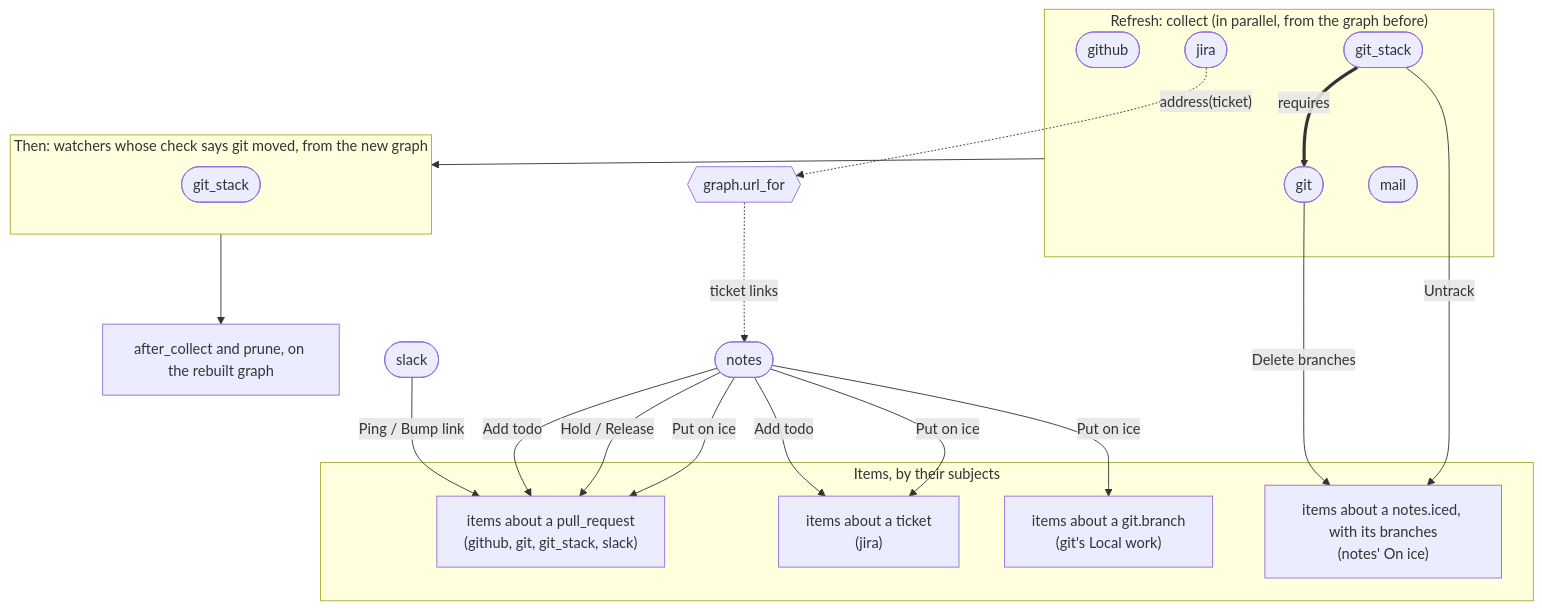
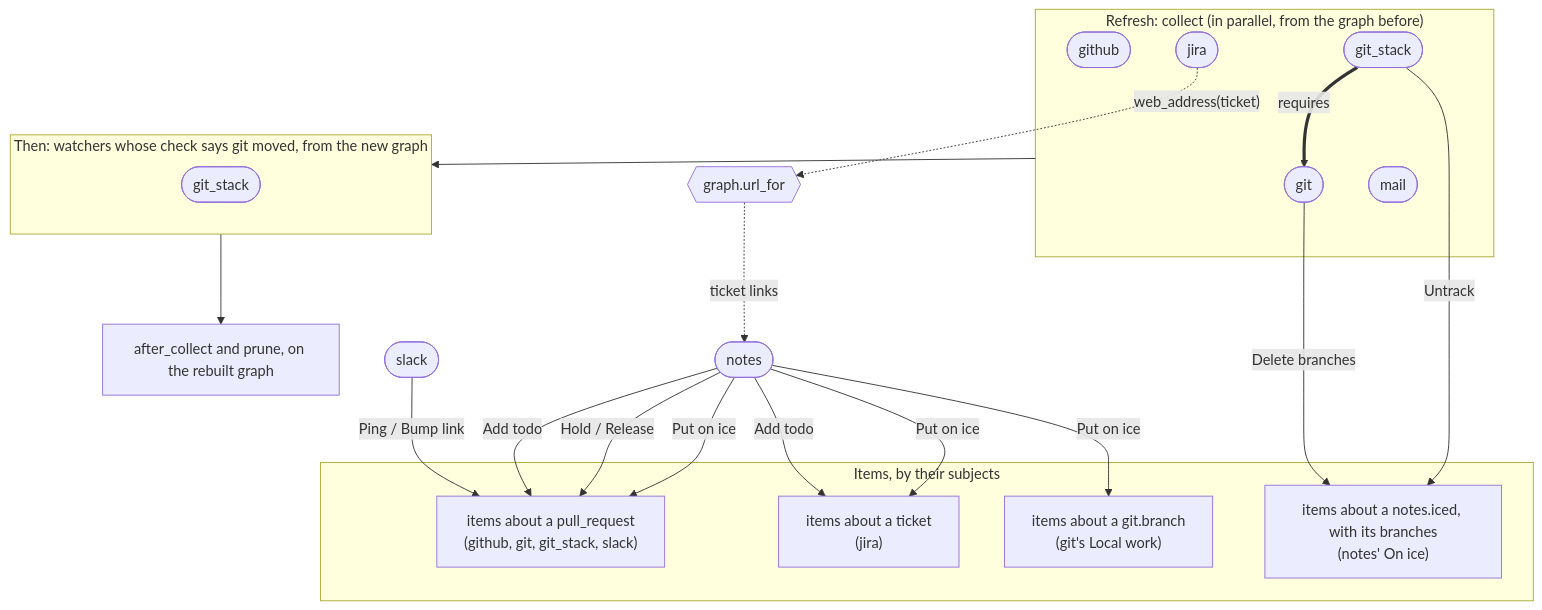
Before and after one commit to benekastah/move-forward: the second of 2 diagrams in docs/plugins.md, drawn with Mermaid. The commit also changed 26 other files, not shown here.

First line of the commit message:
Name web_address, handle and find_tags_in_text; find tags only where a kind opts in (#292)

````diff
--- a/docs/plugins.md
+++ b/docs/plugins.md
@@ -89,36 +89,36 @@
 ```mermaid
 flowchart TB
     subgraph Collect["Refresh: collect (in parallel, from the graph before)"]
         github([github])
         git([git])
         jira([jira])
         mail([mail])
         git_stack([git_stack])
     end
     subgraph Settle["Then: watchers whose check says git moved, from the new graph"]
         git_stack2([git_stack])
     end
     Collect --> Settle
     Settle --> after["after_collect and prune, on the rebuilt graph"]
 
     git_stack == "requires" ==> git
 
     subgraph Items["Items, by their subjects"]
         prItems["items about a pull_request<br/>(github, git, git_stack, slack)"]
         ticketItems["items about a ticket<br/>(jira)"]
         branchItems["items about a git.branch<br/>(git's Local work)"]
         icedItems["items about a notes.iced, with its branches<br/>(notes' On ice)"]
     end
     slack([slack]) -- "Ping / Bump link" --> prItems
     notes([notes]) -- "Add todo" --> prItems
     notes -- "Add todo" --> ticketItems
     notes -- "Hold / Release" --> prItems
     notes -- "Put on ice" --> branchItems
     notes -- "Put on ice" --> prItems
     notes -- "Put on ice" --> ticketItems
     git -- "Delete branches" --> icedItems
     git_stack -- "Untrack" --> icedItems
 
-    jira -. "address(ticket)" .-> urls{{graph.url_for}}
+    jira -. "web_address(ticket)" .-> urls{{graph.url_for}}
     urls -. "ticket links" .-> notes
 ```
````
